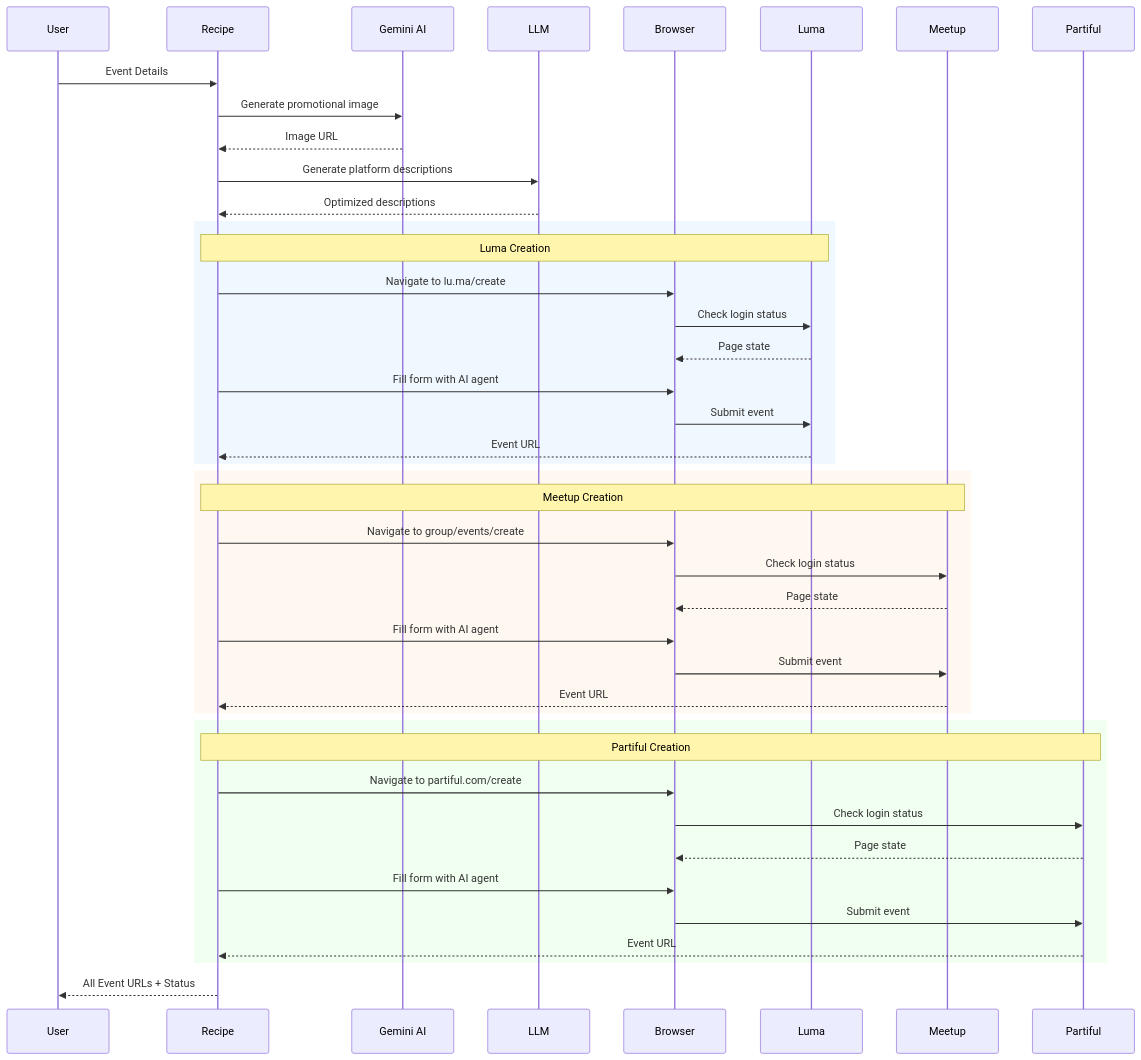
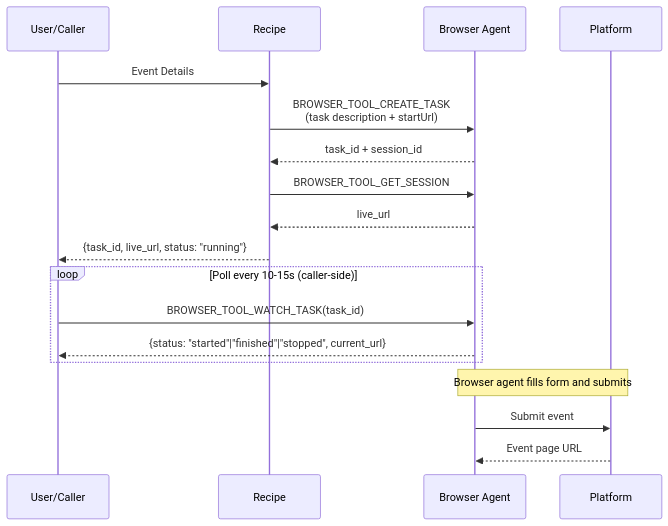
One commit to Coffee-Code-Philly-Accelerator/CCP-Digital-Marketing changed the third of 6 diagrams in README.md. Above: the diagram before and after it, drawn with Mermaid. The commit also changed other lines of this file and 83 other files, not shown here.

First line of the commit message:
Migrate event creation to Hyperbrowser with persistent auth and clean up codebase

````diff
--- a/README.md
+++ b/README.md
@@ -141,49 +160,23 @@
 ```mermaid
 sequenceDiagram
-    participant U as User
+    participant U as User/Caller
     participant R as Recipe
-    participant G as Gemini AI
-    participant L as LLM
-    participant B as Browser
-    participant Lu as Luma
-    participant Me as Meetup
-    participant Pa as Partiful
+    participant B as Browser Agent
+    participant P as Platform
 
     U->>R: Event Details
-    R->>G: Generate promotional image
-    G-->>R: Image URL
-    R->>L: Generate platform descriptions
-    L-->>R: Optimized descriptions
+    R->>B: BROWSER_TOOL_CREATE_TASK<br/>(task description + startUrl)
+    B-->>R: task_id + session_id
+    R->>B: BROWSER_TOOL_GET_SESSION
+    B-->>R: live_url
+    R-->>U: {task_id, live_url, status: "running"}
 
-    rect rgb(240, 248, 255)
-        Note over R,Lu: Luma Creation
-        R->>B: Navigate to lu.ma/create
-        B->>Lu: Check login status
-        Lu-->>B: Page state
-        R->>B: Fill form with AI agent
-        B->>Lu: Submit event
-        Lu-->>R: Event URL
+    loop Poll every 10-15s (caller-side)
+        U->>B: BROWSER_TOOL_WATCH_TASK(task_id)
+        B-->>U: {status: "started"|"finished"|"stopped", current_url}
     end
 
-    rect rgb(255, 248, 240)
-        Note over R,Me: Meetup Creation
-        R->>B: Navigate to group/events/create
-        B->>Me: Check login status
-        Me-->>B: Page state
-        R->>B: Fill form with AI agent
-        B->>Me: Submit event
-        Me-->>R: Event URL
-    end
-
-    rect rgb(240, 255, 240)
-        Note over R,Pa: Partiful Creation
-        R->>B: Navigate to partiful.com/create
-        B->>Pa: Check login status
-        Pa-->>B: Page state
-        R->>B: Fill form with AI agent
-        B->>Pa: Submit event
-        Pa-->>R: Event URL
-    end
-
-    R-->>U: All Event URLs + Status
+    Note over B,P: Browser agent fills form and submits
+    B->>P: Submit event
+    P-->>B: Event page URL
 ```
````
